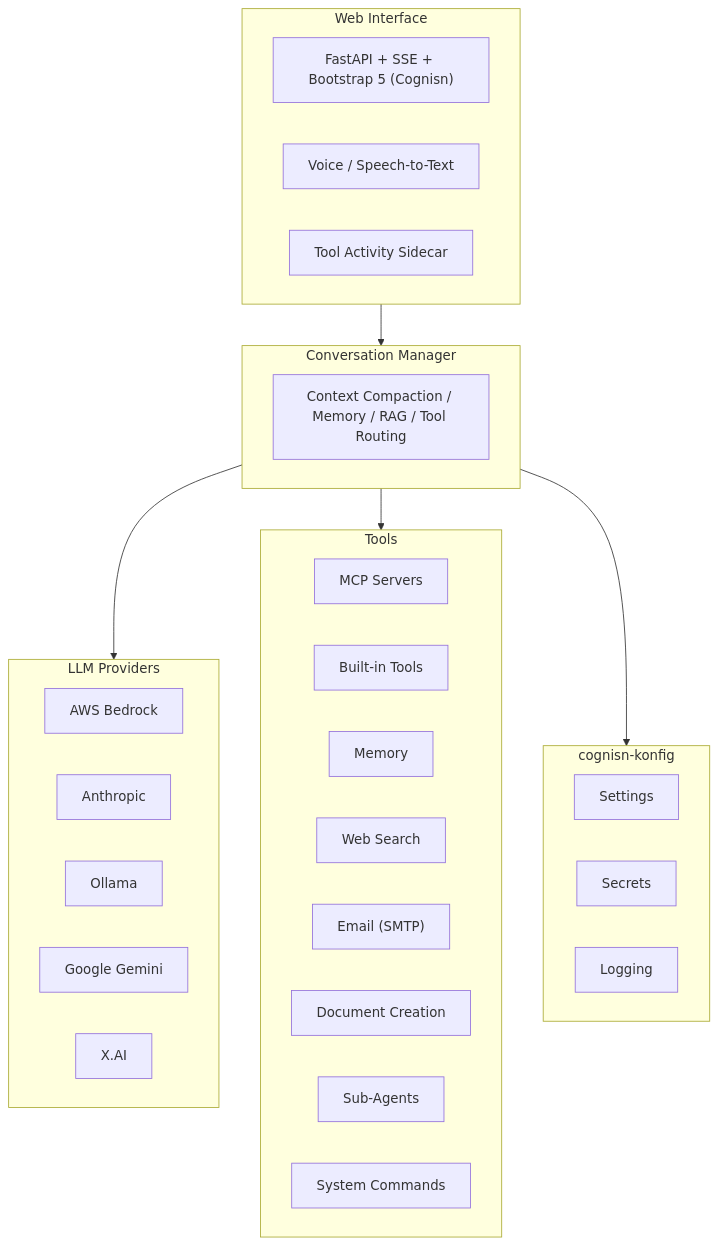
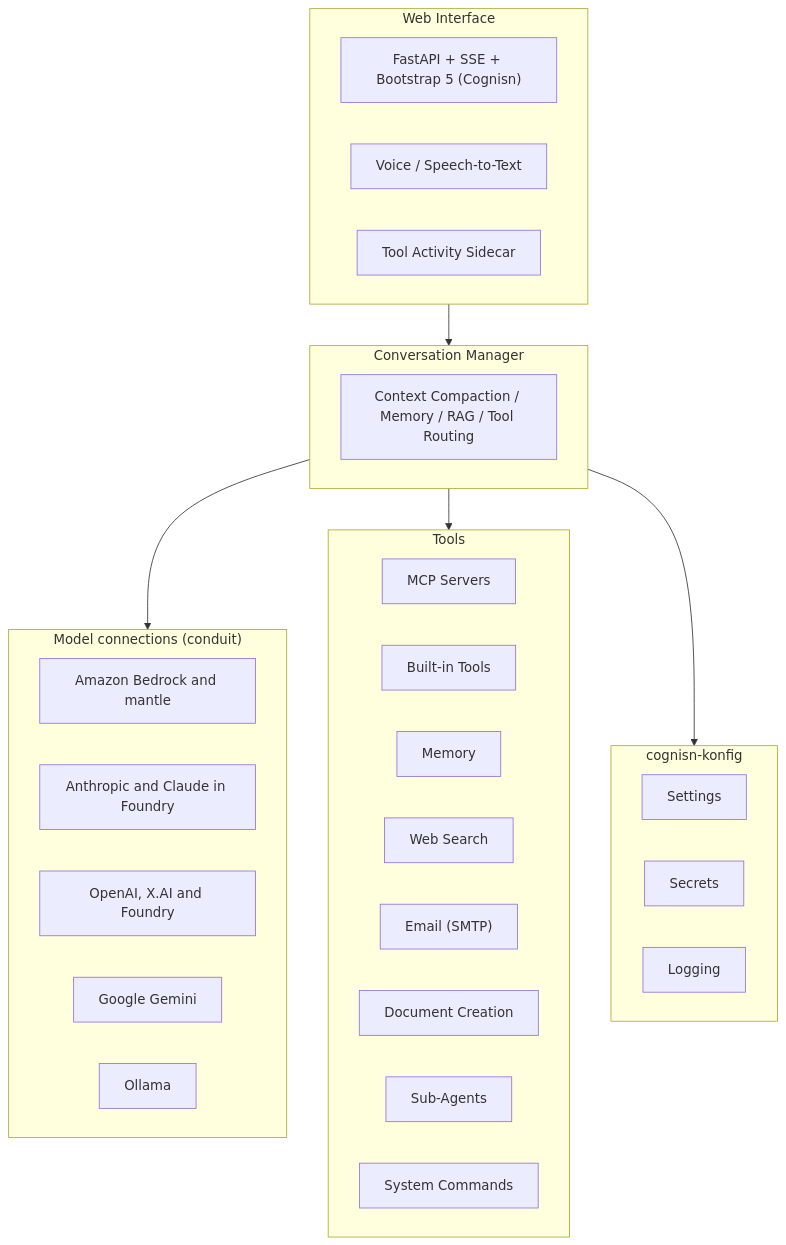
The diagram in README.md (Cognisn/spark), drawn with Mermaid before and after one commit. The commit also changed other lines of this file and 21 other files, not shown here.

````diff
--- a/README.md
+++ b/README.md
@@ -171,42 +185,42 @@
 ```mermaid
 graph TB
     subgraph UI ["Web Interface"]
         FE["FastAPI + SSE + Bootstrap 5 (Cognisn)"]
         Voice["Voice / Speech-to-Text"]
         Sidecar["Tool Activity Sidecar"]
     end
 
     subgraph Core ["Conversation Manager"]
         CM["Context Compaction / Memory / RAG / Tool Routing"]
     end
 
-    subgraph Providers ["LLM Providers"]
-        Bedrock["AWS Bedrock"]
-        Anthropic["Anthropic"]
+    subgraph Providers ["Model connections (conduit)"]
+        Bedrock["Amazon Bedrock and mantle"]
+        Anthropic["Anthropic and Claude in Foundry"]
+        OpenAI["OpenAI, X.AI and Foundry"]
+        Gemini["Google Gemini"]
         Ollama["Ollama"]
-        Gemini["Google Gemini"]
-        XAI["X.AI"]
     end
 
     subgraph Tools ["Tools"]
         MCP["MCP Servers"]
         Builtin["Built-in Tools"]
         Memory["Memory"]
         WebSearch["Web Search"]
         EmailTool["Email (SMTP)"]
         DocCreate["Document Creation"]
         Agents["Sub-Agents"]
         SysCmd["System Commands"]
     end
 
     subgraph Foundation ["cognisn-konfig"]
         Settings["Settings"]
         Secrets["Secrets"]
         Logging["Logging"]
     end
 
     UI --> Core
     Core --> Providers
     Core --> Tools
     Core --> Foundation
 ```
````
